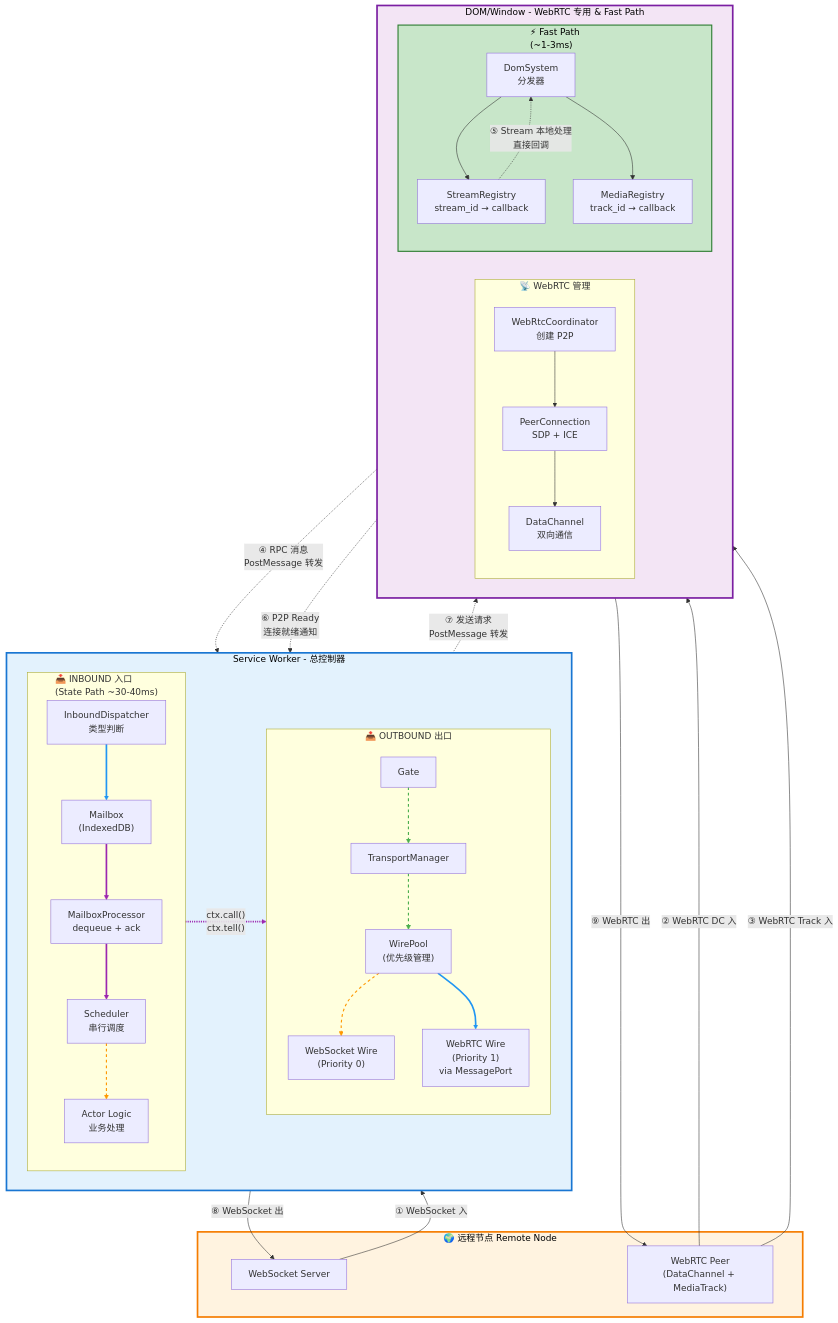
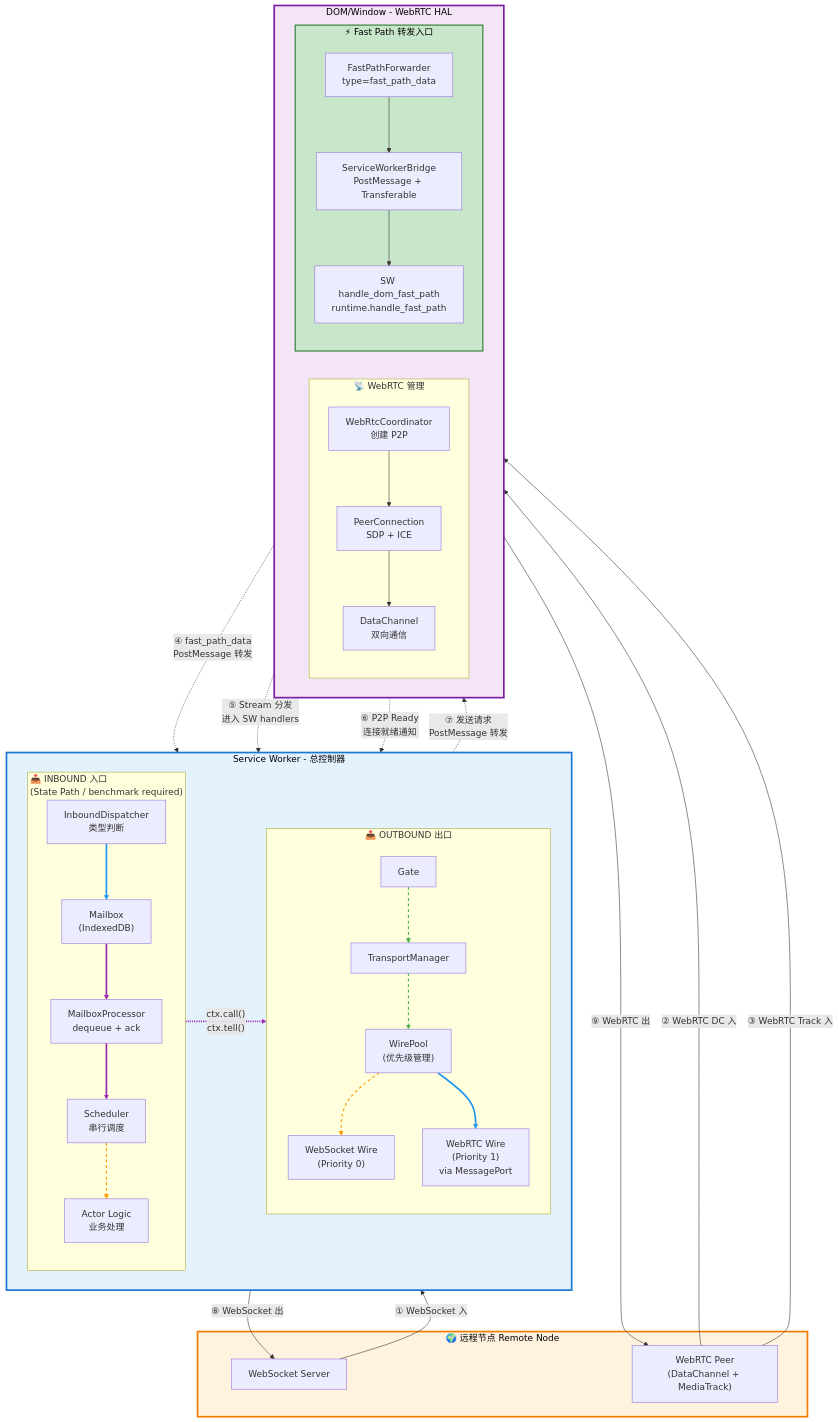
Before and after one commit to Actrium/actr: the diagram in bindings/web/docs/architecture/overview.zh.md, drawn with Mermaid. The commit also changed other lines of this file and 602 other files, not shown here.

```diff
--- a/bindings/web/docs/architecture/overview.zh.md
+++ b/bindings/web/docs/architecture/overview.zh.md
@@ -23,7 +25,7 @@
     subgraph SW["Service Worker - 总控制器"]
         direction LR
 
-        subgraph SW_IN["📥 INBOUND 入口<br/>(State Path ~30-40ms)"]
+        subgraph SW_IN["📥 INBOUND 入口<br/>(State Path / benchmark required)"]
             direction TB
             IN1["InboundDispatcher<br/>类型判断"]
             IN2["Mailbox<br/>(IndexedDB)"]
@@ -50,7 +52,7 @@
         IN5 -.->|"ctx.call()<br/>ctx.tell()"| OUT1
     end
 
-    subgraph DOM["DOM/Window - WebRTC 专用 & Fast Path"]
+    subgraph DOM["DOM/Window - WebRTC HAL"]
         direction LR
 
         subgraph DOM_RTC["📡 WebRTC 管理"]
@@ -62,23 +64,22 @@
             RTC1 --> RTC2 --> RTC3
         end
 
-        subgraph DOM_FAST["⚡ Fast Path<br/>(~1-3ms)"]
+        subgraph DOM_FAST["⚡ Fast Path 转发入口"]
             direction TB
-            FAST1["DomSystem<br/>分发器"]
-            FAST2["StreamRegistry<br/>stream_id → callback"]
-            FAST3["MediaRegistry<br/>track_id → callback"]
+            FAST1["FastPathForwarder<br/>type=fast_path_data"]
+            FAST2["ServiceWorkerBridge<br/>PostMessage + Transferable"]
+            FAST3["SW handle_dom_fast_path<br/>runtime.handle_fast_path"]
 
-            FAST1 --> FAST2
-            FAST1 --> FAST3
+            FAST1 --> FAST2 --> FAST3
         end
     end
 
     %% 跨域连接
     WS_Server -->|"① WebSocket 入"| IN1
     RTC_Peer -->|"② WebRTC DC 入"| FAST1
-    RTC_Peer -->|"③ WebRTC Track 入"| FAST3
-    FAST1 -.->|"④ RPC 消息<br/>PostMessage 转发"| IN1
-    FAST2 -.->|"⑤ Stream 本地处理<br/>直接回调"| FAST1
+    RTC_Peer -->|"③ WebRTC Track 入"| RTC1
+    FAST1 -.->|"④ fast_path_data<br/>PostMessage 转发"| IN1
+    FAST2 -.->|"⑤ Stream 分发<br/>进入 SW handlers"| IN1
     RTC1 -.->|"⑥ P2P Ready<br/>连接就绪通知"| OUT3
     OUT4B -.->|"⑦ 发送请求<br/>PostMessage 转发"| RTC1
     OUT4A -->|"⑧ WebSocket 出"| WS_Server
```
